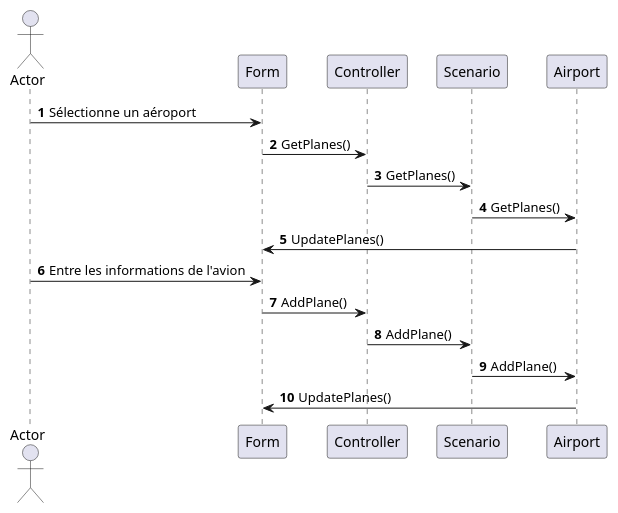
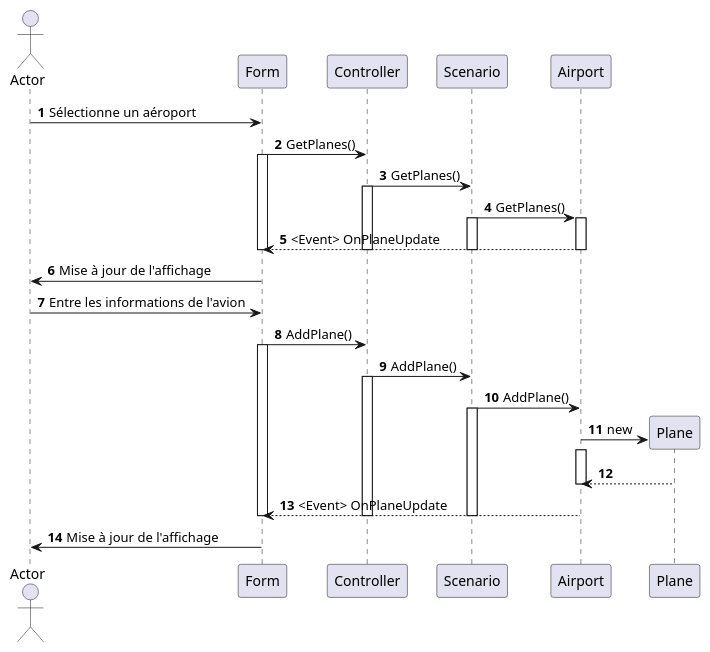
The diagram in PlaneTP/Documentation/Diagrams/Sequence/AddToAirport.puml (Homespore165/tututut), drawn with PlantUML before and after one commit. The commit also changed 21 other files, not shown here.

```diff
--- a/PlaneTP/Documentation/Diagrams/Sequence/AddToAirport.puml
+++ b/PlaneTP/Documentation/Diagrams/Sequence/AddToAirport.puml
@@ -1,18 +1,39 @@
 @startuml
 'https://plantuml.com/sequence-diagram
 
 autonumber
 
 actor Actor
 Actor -> Form : Sélectionne un aéroport
 Form -> Controller : GetPlanes()
+activate Form
 Controller -> Scenario : GetPlanes()
+activate Controller
 Scenario -> Airport : GetPlanes()
-Airport -> Form : UpdatePlanes()
+activate Scenario
+activate Airport
+Airport --> Form : <Event> OnPlaneUpdate
+deactivate Airport
+deactivate Scenario
+deactivate Controller
+deactivate Form
+Form -> Actor : Mise à jour de l'affichage
 Actor -> Form : Entre les informations de l'avion
 Form -> Controller : AddPlane()
+activate Form
 Controller -> Scenario : AddPlane()
+activate Controller
 Scenario -> Airport : AddPlane()
-Airport -> Form : UpdatePlanes()
+activate Scenario
+create Plane
+Airport -> Plane : new
+activate Airport
+Plane --> Airport
+deactivate Airport
+Airport --> Form : <Event> OnPlaneUpdate
+deactivate Form
+deactivate Controller
+deactivate Scenario
+Form -> Actor : Mise à jour de l'affichage
 
 @enduml
```
